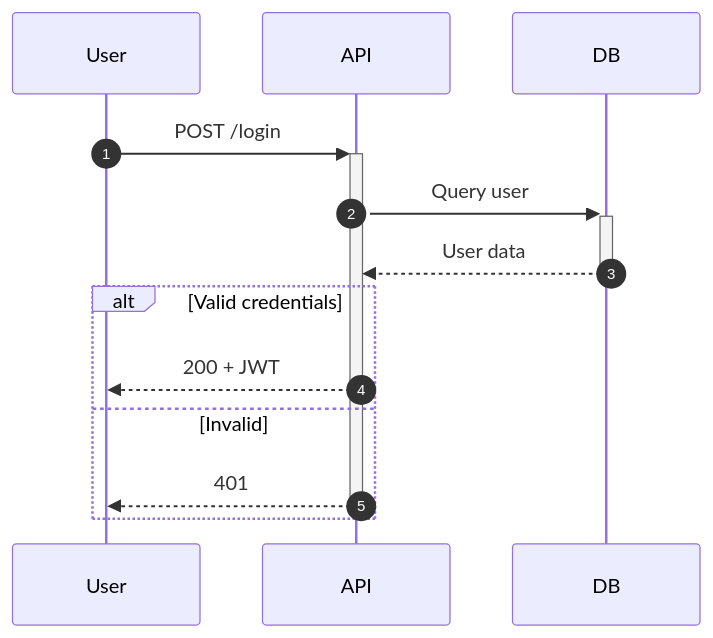
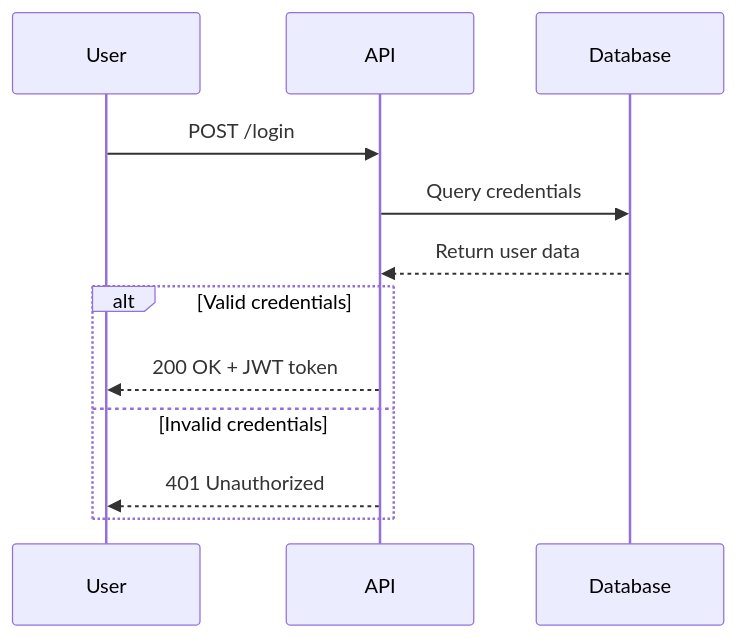
One commit to pascalandy/dotfiles changed the third of 6 diagrams in dot_config/ai_templates/skills/utils/mermaid/SKILL.md. Above: the diagram before and after it, drawn with Mermaid. The commit also changed other lines of this file and 9 other files, not shown here.

First line of the commit message:
📚 docs: expand Mermaid skill guidance

````diff
--- a/dot_config/ai_templates/skills/utils/mermaid/SKILL.md
+++ b/dot_config/ai_templates/skills/utils/mermaid/SKILL.md
@@ -72,16 +85,15 @@
 ```mermaid
 sequenceDiagram
-    autonumber
     participant User
     participant API
-    participant DB
+    participant Database
 
-    User->>+API: POST /login
-    API->>+DB: Query user
-    DB-->>-API: User data
+    User->>API: POST /login
+    API->>Database: Query credentials
+    Database-->>API: Return user data
     alt Valid credentials
-        API-->>User: 200 + JWT
-    else Invalid
-        API-->>-User: 401
+        API-->>User: 200 OK + JWT token
+    else Invalid credentials
+        API-->>User: 401 Unauthorized
     end
 ```
````
